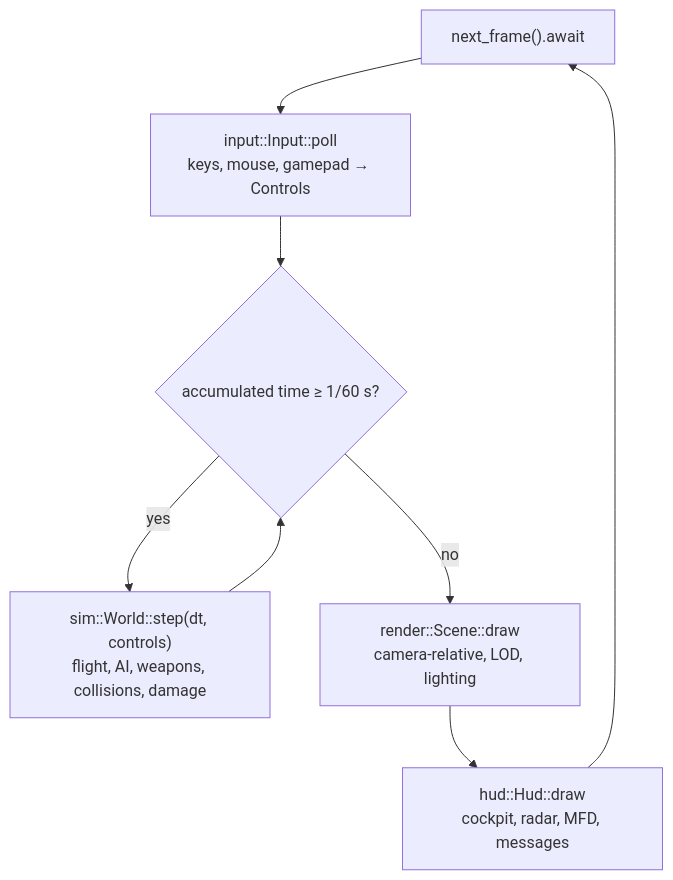
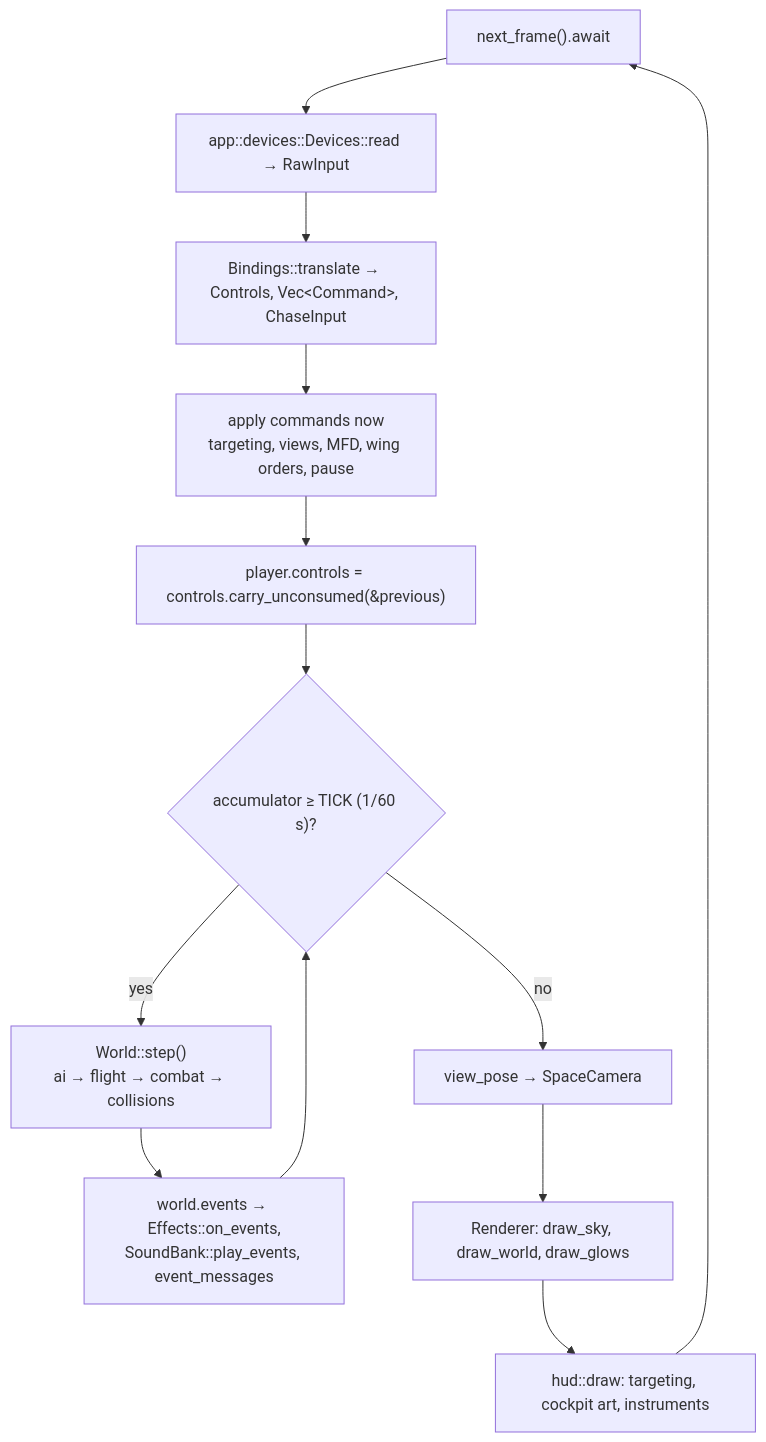
One commit to bbogovich/OpenInterceptor changed the third of 4 diagrams in docs/architecture/index.md. Above: the diagram before and after it, drawn with Mermaid. The commit also changed other lines of this file and 48 other files, not shown here.

````diff
--- a/docs/architecture/index.md
+++ b/docs/architecture/index.md
@@ -74,10 +85,15 @@
 ```mermaid
 flowchart TD
-    A["next_frame().await"] --> B["input::Input::poll<br/>keys, mouse, gamepad → Controls"]
-    B --> C{"accumulated time ≥ 1/60 s?"}
-    C -->|yes| D["sim::World::step(dt, controls)<br/>flight, AI, weapons, collisions, damage"]
-    D --> C
-    C -->|no| E["render::Scene::draw<br/>camera-relative, LOD, lighting"]
-    E --> F["hud::Hud::draw<br/>cockpit, radar, MFD, messages"]
-    F --> A
+    A["next_frame().await"] --> B["app::devices::Devices::read → RawInput"]
+    B --> C["Bindings::translate → Controls, Vec&lt;Command&gt;, ChaseInput"]
+    C --> D["apply commands now<br/>targeting, views, MFD, wing orders, pause"]
+    D --> E["player.controls = controls.carry_unconsumed(&previous)"]
+    E --> F{"accumulator ≥ TICK (1/60 s)?"}
+    F -->|yes| G["World::step()<br/>ai → flight → combat → collisions"]
+    G --> H["world.events → Effects::on_events,<br/>SoundBank::play_events, event_messages"]
+    H --> F
+    F -->|no| I["view_pose → SpaceCamera"]
+    I --> J["Renderer: draw_sky, draw_world, draw_glows"]
+    J --> K["hud::draw: targeting, cockpit art, instruments"]
+    K --> A
 ```
````
